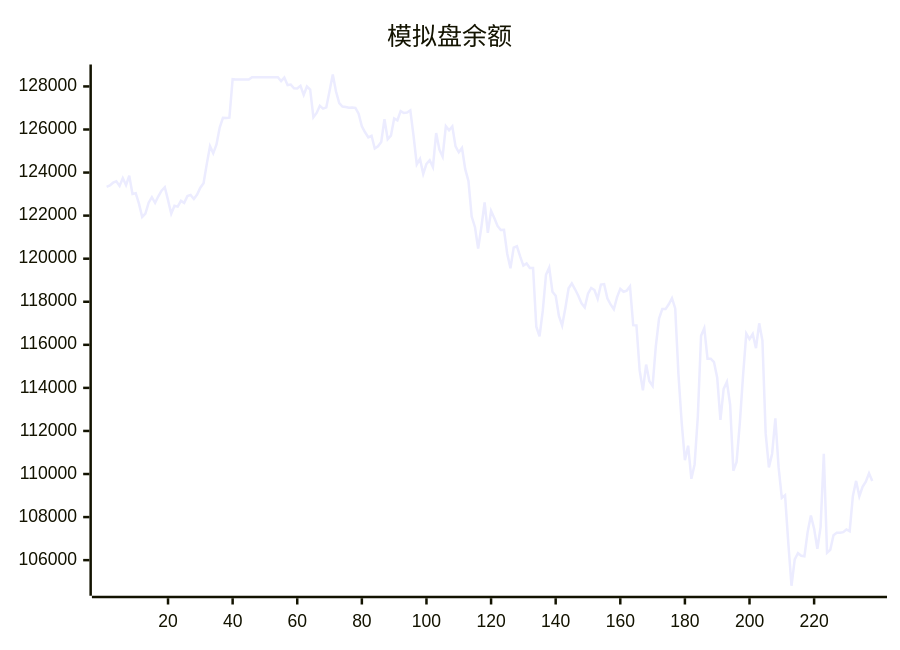
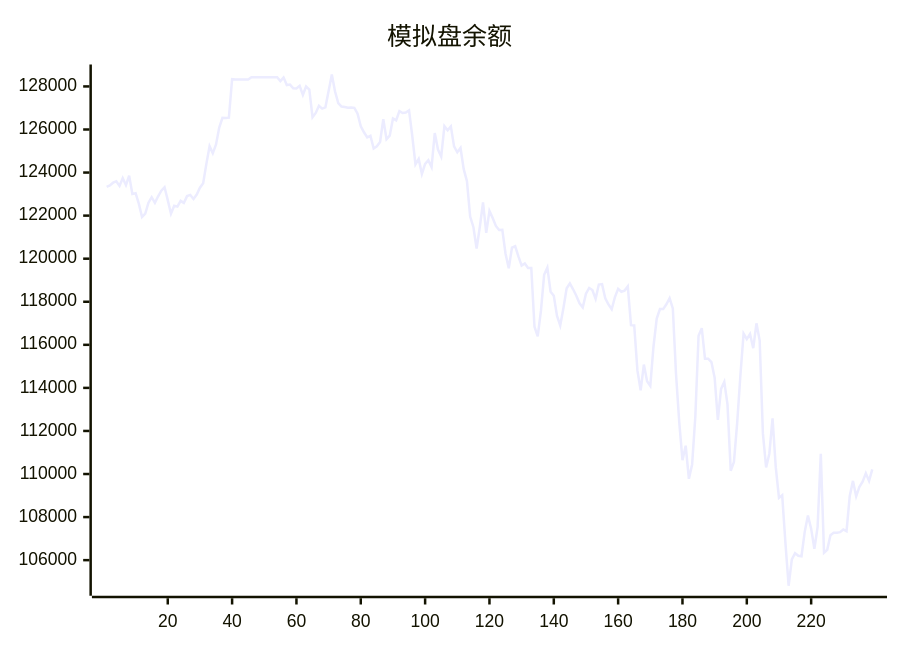
One commit to aahl/ai-trading changed the diagram in README.md. Above: the diagram before and after it, drawn with Mermaid. The commit also changed other lines of this file and 1 other file, not shown here.

Commit message:
📈 Auto Trading Result

````diff
--- a/README.md
+++ b/README.md
@@ -5,5 +5,5 @@
 ```mermaid
 xychart
     title "模拟盘余额"
-    line [123338,123402,123530,123592,123378,123745,123413,123853,123009,123040,122557,121938,122095,122599,122856,122597,122898,123160,123319,122719,122087,122454,122416,122685,122592,122907,122961,122776,122981,123295,123507,124403,125224,124894,125303,126088,126544,126534,126549,128335,128318,128318,128318,128318,128318,128424,128424,128424,128424,128424,128424,128424,128424,128424,128247,128412,128062,128087,127917,127901,128026,127611,128000,127850,126572,126770,127100,126971,127029,127783,128554,127765,127224,127064,127044,127009,127025,127004,126738,126152,125871,125635,125707,125117,125217,125420,126480,125545,125715,126511,126424,126856,126764,126788,126890,125710,124381,124632,123936,124402,124574,124256,125833,125070,124739,126154,125966,126145,125213,124943,125143,124157,123604,121959,121476,120476,121470,122610,121201,122221,121889,121522,121332,121344,120232,119559,120513,120577,120108,119680,119777,119572,119568,116839,116392,117573,119250,119585,118469,118277,117338,116897,117706,118628,118849,118579,118280,117926,117735,118373,118639,118544,118136,118798,118819,118162,117874,117649,118215,118601,118463,118517,118713,116911,116899,114798,113887,115084,114313,114091,115934,117221,117658,117658,117883,118164,117693,114632,112403,110644,111313,109777,110444,112673,116419,116772,115355,115355,115198,114476,112510,113954,114276,113223,110151,110561,112361,114562,116522,116265,116500,115845,117000,116199,111887,110306,110942,112588,110318,108891,109011,106814,104811,106038,106327,106201,106180,107315,108068,107463,106528,107530,110941,106346,106482,107161,107268,107270,107302,107426,107340,108985,109681,108962,109404,109645,110030,109680]
+    line [123338,123402,123530,123592,123378,123745,123413,123853,123009,123040,122557,121938,122095,122599,122856,122597,122898,123160,123319,122719,122087,122454,122416,122685,122592,122907,122961,122776,122981,123295,123507,124403,125224,124894,125303,126088,126544,126534,126549,128335,128318,128318,128318,128318,128318,128424,128424,128424,128424,128424,128424,128424,128424,128424,128247,128412,128062,128087,127917,127901,128026,127611,128000,127850,126572,126770,127100,126971,127029,127783,128554,127765,127224,127064,127044,127009,127025,127004,126738,126152,125871,125635,125707,125117,125217,125420,126480,125545,125715,126511,126424,126856,126764,126788,126890,125710,124381,124632,123936,124402,124574,124256,125833,125070,124739,126154,125966,126145,125213,124943,125143,124157,123604,121959,121476,120476,121470,122610,121201,122221,121889,121522,121332,121344,120232,119559,120513,120577,120108,119680,119777,119572,119568,116839,116392,117573,119250,119585,118469,118277,117338,116897,117706,118628,118849,118579,118280,117926,117735,118373,118639,118544,118136,118798,118819,118162,117874,117649,118215,118601,118463,118517,118713,116911,116899,114798,113887,115084,114313,114091,115934,117221,117658,117658,117883,118164,117693,114632,112403,110644,111313,109777,110444,112673,116419,116772,115355,115355,115198,114476,112510,113954,114276,113223,110151,110561,112361,114562,116522,116265,116500,115845,117000,116199,111887,110306,110942,112588,110318,108891,109011,106814,104811,106038,106327,106201,106180,107315,108068,107463,106528,107530,110941,106346,106482,107161,107268,107270,107302,107426,107340,108985,109681,108962,109404,109645,110030,109680,110214]
 ```
````
